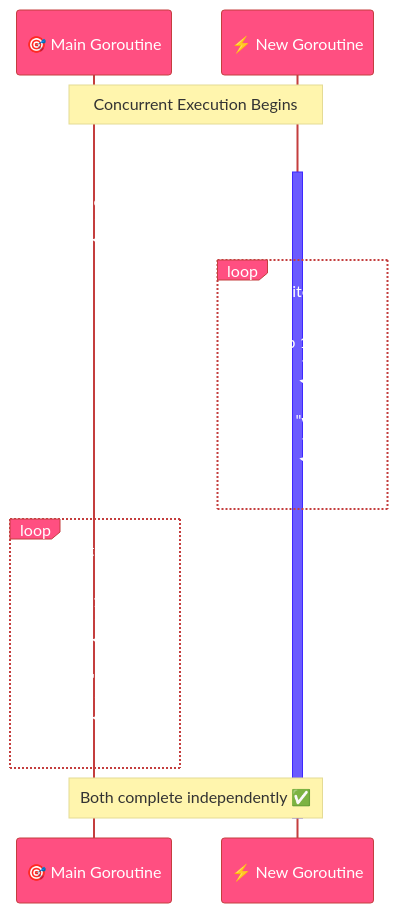
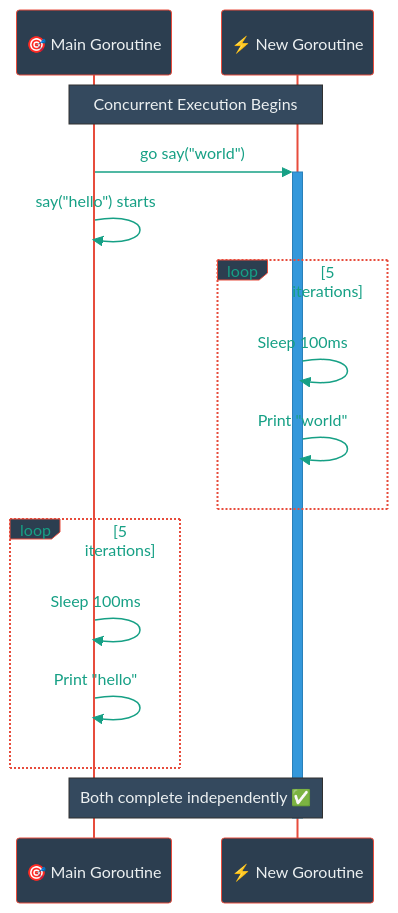
Before and after one commit to infoyouth/infoyouth.github.io: the first of 6 diagrams in _posts/go/2025-11-07-11.-goroutines-and-concurrency.md, drawn with Mermaid. The commit also changed other lines of this file and 1 other file, not shown here.

````diff
--- a/_posts/go/2025-11-07-11.-goroutines-and-concurrency.md
+++ b/_posts/go/2025-11-07-11.-goroutines-and-concurrency.md
@@ -75,23 +75,23 @@
 ```mermaid
-%%{init: {'theme':'base', 'themeVariables': { 'primaryColor':'#ff4f81','primaryTextColor':'#fff','primaryBorderColor':'#c43e3e','lineColor':'#e67e22','secondaryColor':'#6b5bff','tertiaryColor':'#ffd700'}}}%%
+%%{init: {'theme':'base', 'themeVariables': { 'primaryColor':'#2c3e50','primaryTextColor':'#ecf0f1','primaryBorderColor':'#e74c3c','lineColor':'#16a085','secondaryColor':'#8e44ad','tertiaryColor':'#f39c12','signalColor':'#16a085','signalTextColor':'#16a085','labelTextColor':'#16a085','loopTextColor':'#16a085','noteBkgColor':'#34495e','noteTextColor':'#ecf0f1','activationBkgColor':'#3498db','activationBorderColor':'#2980b9','sequenceNumberColor':'#ecf0f1'}}}%%
 sequenceDiagram
     participant Main as 🎯 Main Goroutine
     participant New as ⚡ New Goroutine
     
     Note over Main,New: Concurrent Execution Begins
     Main->>+New: go say("world")
     Main->>Main: say("hello") starts
     
     loop 5 iterations
         New->>New: Sleep 100ms
         New->>New: Print "world"
     end
     
     loop 5 iterations  
         Main->>Main: Sleep 100ms
         Main->>Main: Print "hello"
     end
     
     Note over Main,New: Both complete independently ✅
     deactivate New
 ```
````
